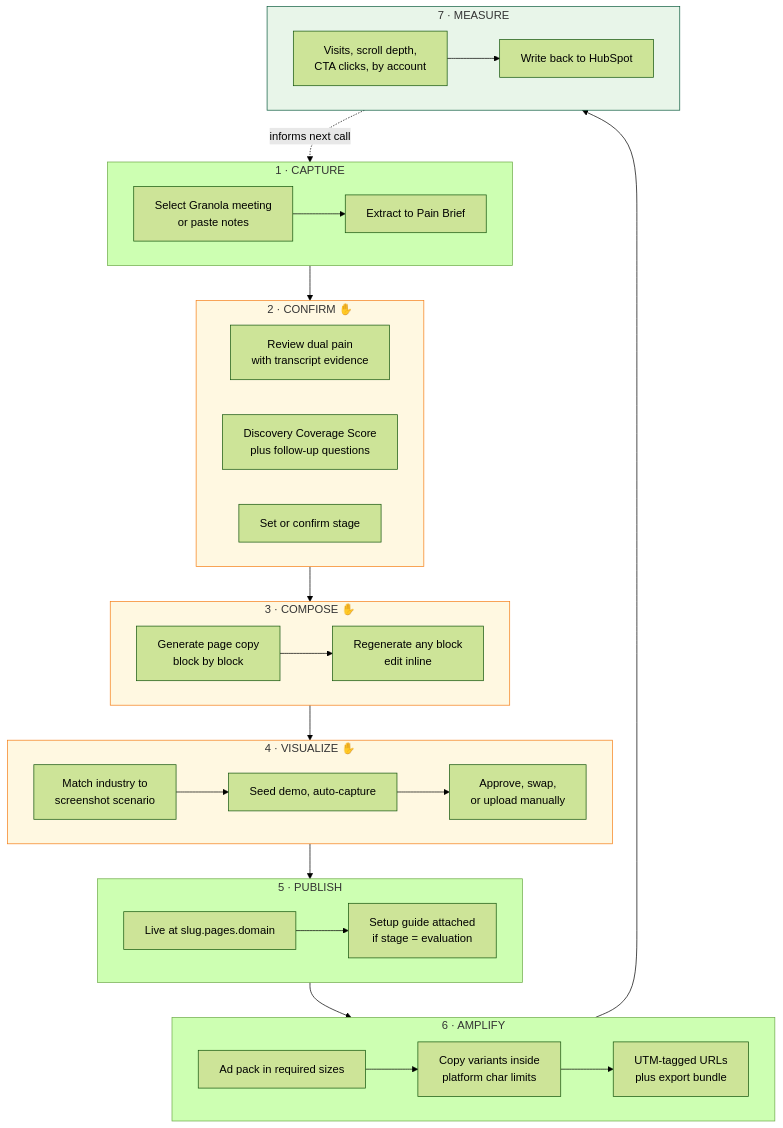
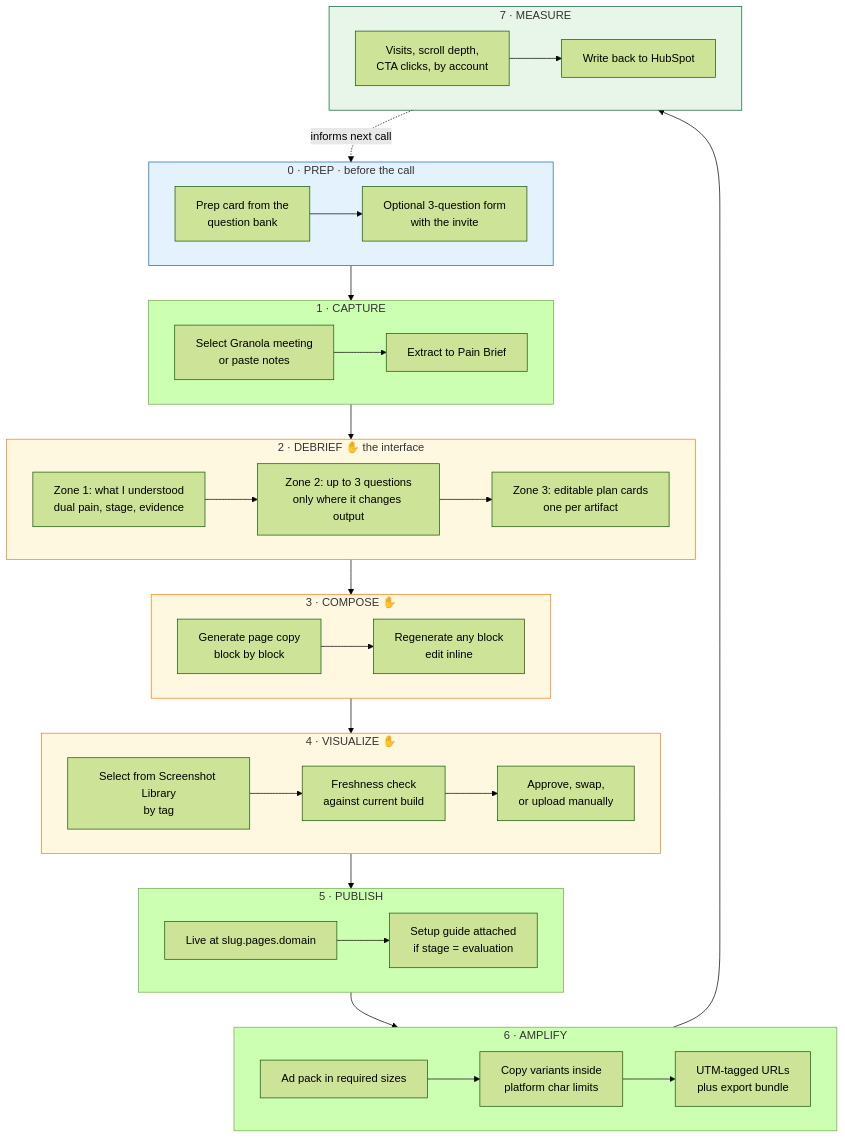
One commit to RDMacker/battleship233 changed the third of 6 diagrams in throughline-plan.md. Above: the diagram before and after it, drawn with Mermaid (forest theme). The commit also changed other lines of this file, not shown here.

First line of the commit message:
Revise Throughline plan: Debrief interface, question bank, harvested visuals

````diff
--- a/throughline-plan.md
+++ b/throughline-plan.md
@@ -149,42 +151,48 @@
 ```mermaid
 flowchart TD
+    subgraph S0["0 · PREP · before the call"]
+        Z1["Prep card from the<br/>question bank"] --> Z2["Optional 3-question form<br/>with the invite"]
+    end
+
     subgraph S1["1 · CAPTURE"]
         A1["Select Granola meeting<br/>or paste notes"] --> A2["Extract to Pain Brief"]
     end
 
-    subgraph S2["2 · CONFIRM ✋"]
-        B1["Review dual pain<br/>with transcript evidence"]
-        B2["Discovery Coverage Score<br/>plus follow-up questions"]
-        B3["Set or confirm stage"]
+    subgraph S2["2 · DEBRIEF ✋ the interface"]
+        B1["Zone 1: what I understood<br/>dual pain, stage, evidence"]
+        B2["Zone 2: up to 3 questions<br/>only where it changes output"]
+        B3["Zone 3: editable plan cards<br/>one per artifact"]
+        B1 --> B2 --> B3
     end
 
     subgraph S3["3 · COMPOSE ✋"]
         C1["Generate page copy<br/>block by block"] --> C2["Regenerate any block<br/>edit inline"]
     end
 
     subgraph S4["4 · VISUALIZE ✋"]
-        D1["Match industry to<br/>screenshot scenario"] --> D2["Seed demo, auto-capture"]
+        D1["Select from Screenshot Library<br/>by tag"] --> D2["Freshness check<br/>against current build"]
         D2 --> D3["Approve, swap,<br/>or upload manually"]
     end
 
     subgraph S5["5 · PUBLISH"]
         E1["Live at slug.pages.domain"] --> E2["Setup guide attached<br/>if stage = evaluation"]
     end
 
     subgraph S6["6 · AMPLIFY"]
         F1["Ad pack in required sizes"] --> F2["Copy variants inside<br/>platform char limits"]
         F2 --> F3["UTM-tagged URLs<br/>plus export bundle"]
     end
 
     subgraph S7["7 · MEASURE"]
         G1["Visits, scroll depth,<br/>CTA clicks, by account"] --> G2["Write back to HubSpot"]
     end
 
-    S1 --> S2 --> S3 --> S4 --> S5 --> S6 --> S7
-    S7 -.informs next call.-> S1
+    S0 --> S1 --> S2 --> S3 --> S4 --> S5 --> S6 --> S7
+    S7 -.informs next call.-> S0
 
+    style S0 fill:#e3f2fd,stroke:#1565c0
     style S2 fill:#fff8e1,stroke:#f57f17
     style S3 fill:#fff8e1,stroke:#f57f17
     style S4 fill:#fff8e1,stroke:#f57f17
     style S7 fill:#e8f5e9,stroke:#0d5c3f
 ```
````
